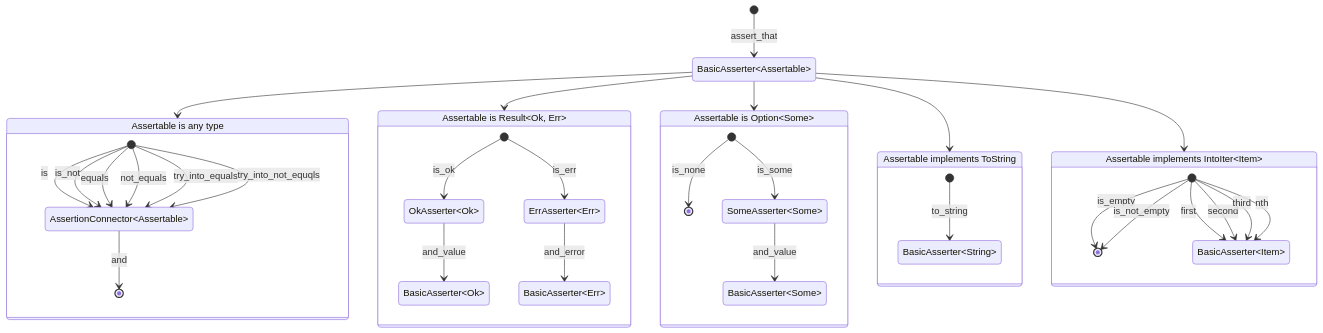
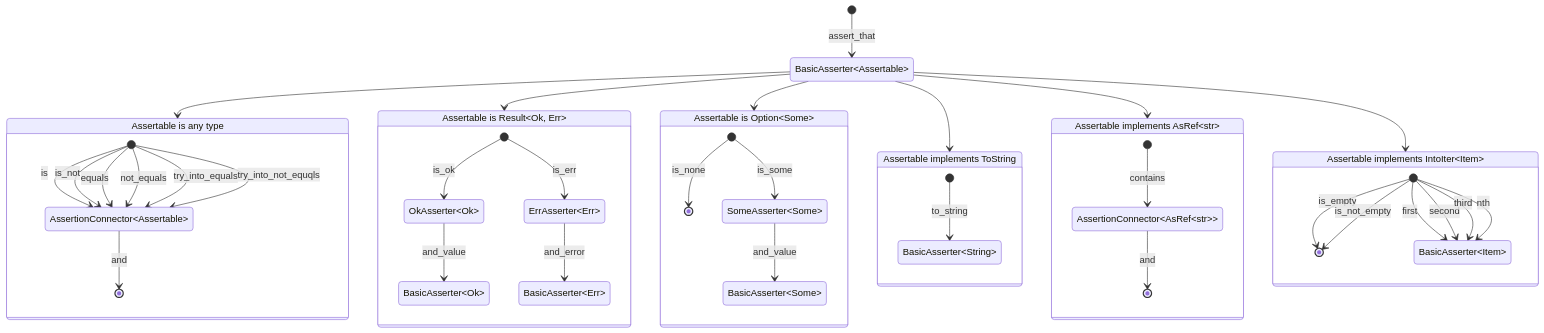
One commit to open-schnick/Smoothy changed the diagram in README.md. Above: the diagram before and after it, drawn with Mermaid. The commit also changed other lines of this file and 4 other files, not shown here.

````diff
--- a/README.md
+++ b/README.md
@@ -106,40 +112,45 @@
 ```mermaid
 stateDiagram-v2
     [*] --> BasicAsserter&ltAssertable&gt : assert_that
     BasicAsserter&ltAssertable&gt --> Anything
     state "Assertable is any type" as Anything {
         [*] --> AssertionConnector&ltAssertable&gt : is
         [*] --> AssertionConnector&ltAssertable&gt : is_not
         [*] --> AssertionConnector&ltAssertable&gt : equals
         [*] --> AssertionConnector&ltAssertable&gt : not_equals
         [*] --> AssertionConnector&ltAssertable&gt : try_into_equals
         [*] --> AssertionConnector&ltAssertable&gt : try_into_not_equqls
         AssertionConnector&ltAssertable&gt --> [*] : and
     }
     BasicAsserter&ltAssertable&gt --> Result
     state "Assertable is Result&ltOk, Err&gt" as Result {
         [*] --> OkAsserter&ltOk&gt : is_ok
         OkAsserter&ltOk&gt --> BasicAsserter&ltOk&gt : and_value
         [*] --> ErrAsserter&ltErr&gt : is_err
         ErrAsserter&ltErr&gt --> BasicAsserter&ltErr&gt : and_error
     }
     BasicAsserter&ltAssertable&gt --> Option
     state "Assertable is Option&ltSome&gt" as Option {
         [*] --> [*] : is_none
         [*] --> SomeAsserter&ltSome&gt : is_some
         SomeAsserter&ltSome&gt --> BasicAsserter&ltSome&gt : and_value
     }
     BasicAsserter&ltAssertable&gt --> ImplString
     state "Assertable implements ToString" as ImplString {
         [*] --> BasicAsserter&ltString&gt : to_string
     }
+    BasicAsserter&ltAssertable&gt --> ImplAsRefStr
+    state "Assertable implements AsRef&ltstr&gt" as ImplAsRefStr {
+        [*] --> AssertionConnector&ltAsRef&ltstr&gt&gt : contains
+        AssertionConnector&ltAsRef&ltstr&gt&gt --> [*] : and
+    }
     BasicAsserter&ltAssertable&gt --> ImplIntoIter
     state "Assertable implements IntoIter&ltItem&gt" as ImplIntoIter {
         [*] --> [*] : is_empty
         [*] --> [*] : is_not_empty
         [*] --> BasicAsserter&ltItem&gt: first
         [*] --> BasicAsserter&ltItem&gt: second
         [*] --> BasicAsserter&ltItem&gt: third
         [*] --> BasicAsserter&ltItem&gt: nth
     }
 ```
````
